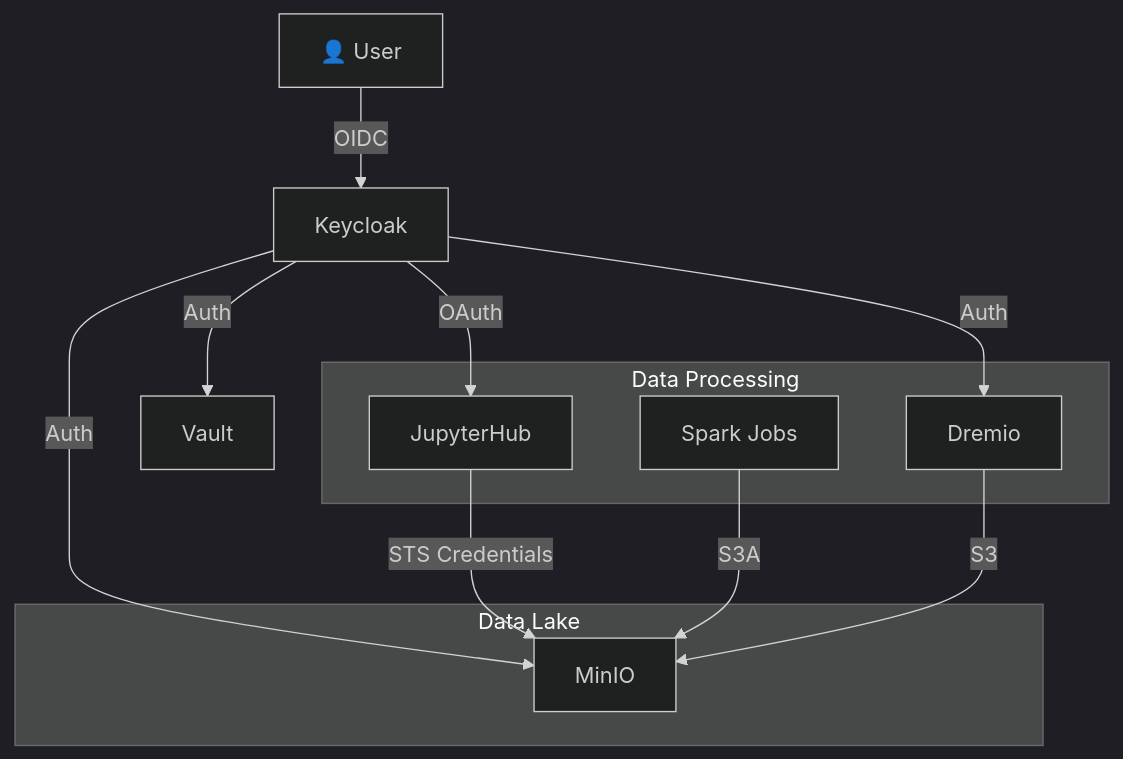
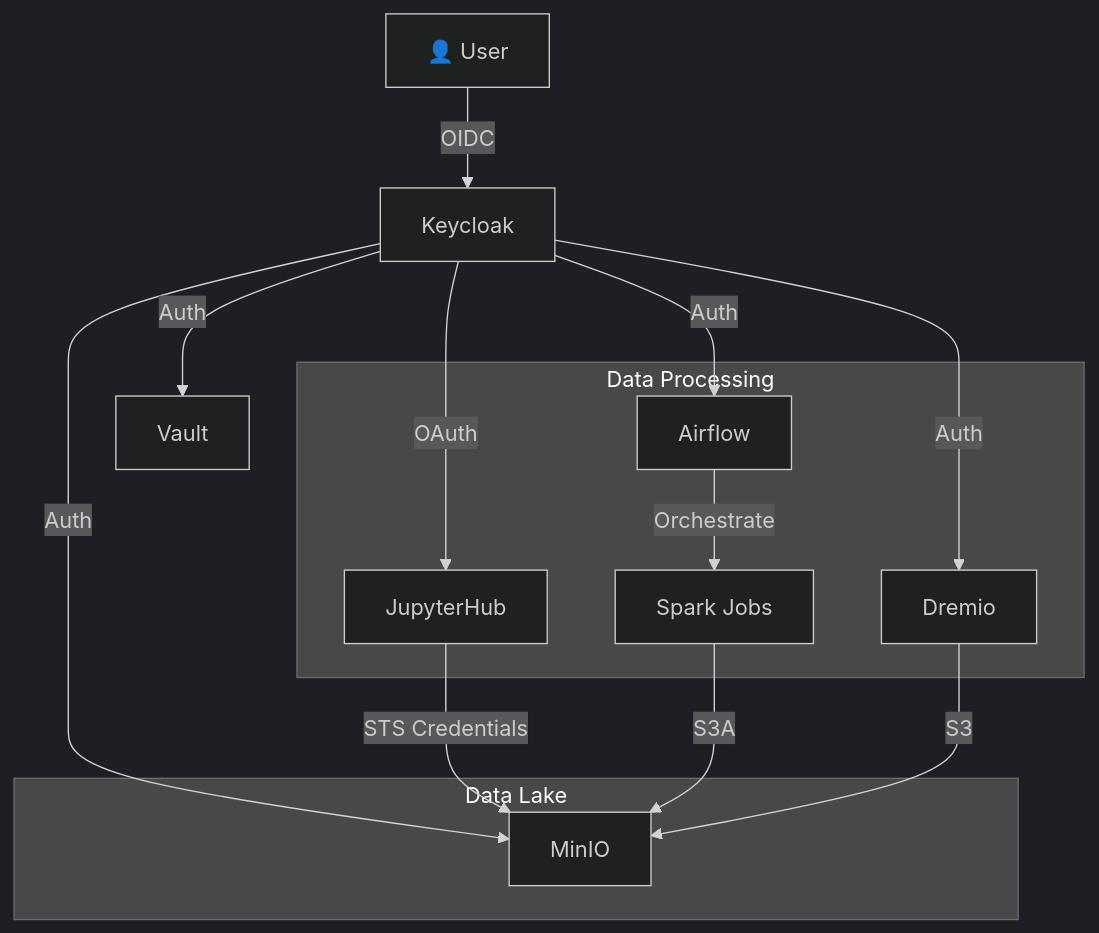
Before and after one commit to rammi-dev/dremio-platform1: the second of 2 diagrams in README.md, drawn with Mermaid (dark theme). The commit also changed other lines of this file and 1 other file, not shown here.

Commit message:
Airflow docs

````diff
--- a/README.md
+++ b/README.md
@@ -87,23 +89,26 @@
 ```mermaid
 graph TB
     User[👤 User] -->|OIDC| KC[Keycloak]
     
     KC -->|Auth| Vault
     KC -->|Auth| MinIO
     KC -->|OAuth| JH[JupyterHub]
+    KC -->|Auth| AF[Airflow]
     KC -->|Auth| Dremio
     
     JH -->|STS Credentials| MinIO
+    AF -->|Orchestrate| Spark
     Spark -->|S3A| MinIO
     Dremio -->|S3| MinIO
     
     subgraph "Data Processing"
         JH
+        AF
         Spark[Spark Jobs]
         Dremio
     end
     
     subgraph "Data Lake"
         MinIO
     end
 ```
````
